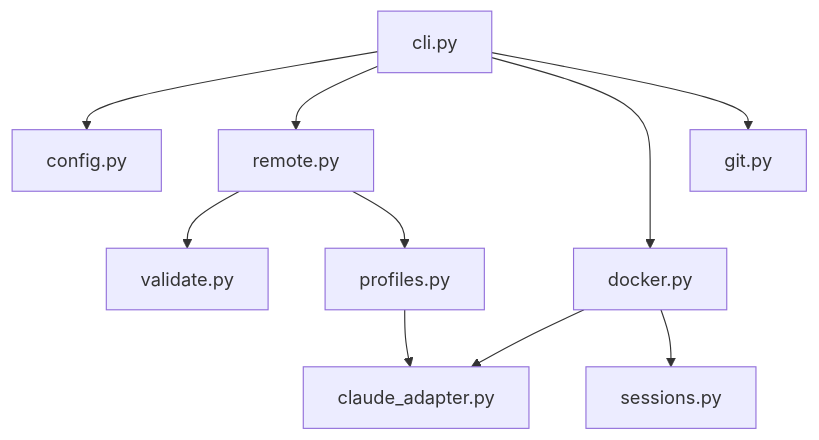
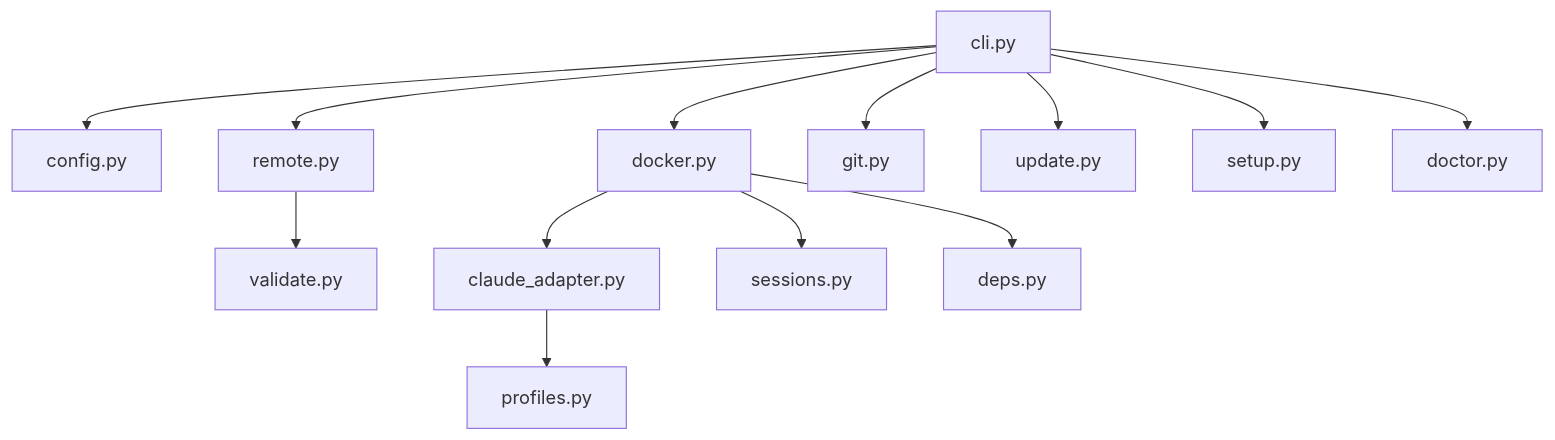
Before and after one commit to CCimen/scc: the third of 3 diagrams in docs/ARCHITECTURE.md, drawn with Mermaid. The commit also changed other lines of this file and 18 other files, not shown here.

````diff
--- a/docs/ARCHITECTURE.md
+++ b/docs/ARCHITECTURE.md
@@ -74,15 +79,18 @@
 ```mermaid
 graph TD
     CLI[cli.py] --> Config[config.py]
     CLI --> Remote[remote.py]
     CLI --> Docker[docker.py]
     CLI --> Git[git.py]
+    CLI --> Update[update.py]
+    CLI --> Setup[setup.py]
+    CLI --> Doctor[doctor.py]
 
     Remote --> Validate[validate.py]
-    Remote --> Profiles[profiles.py]
 
     Docker --> Adapter[claude_adapter.py]
     Docker --> Sessions[sessions.py]
+    Docker --> Deps[deps.py]
 
-    Profiles --> Adapter
+    Adapter --> Profiles[profiles.py]
 ```
````
